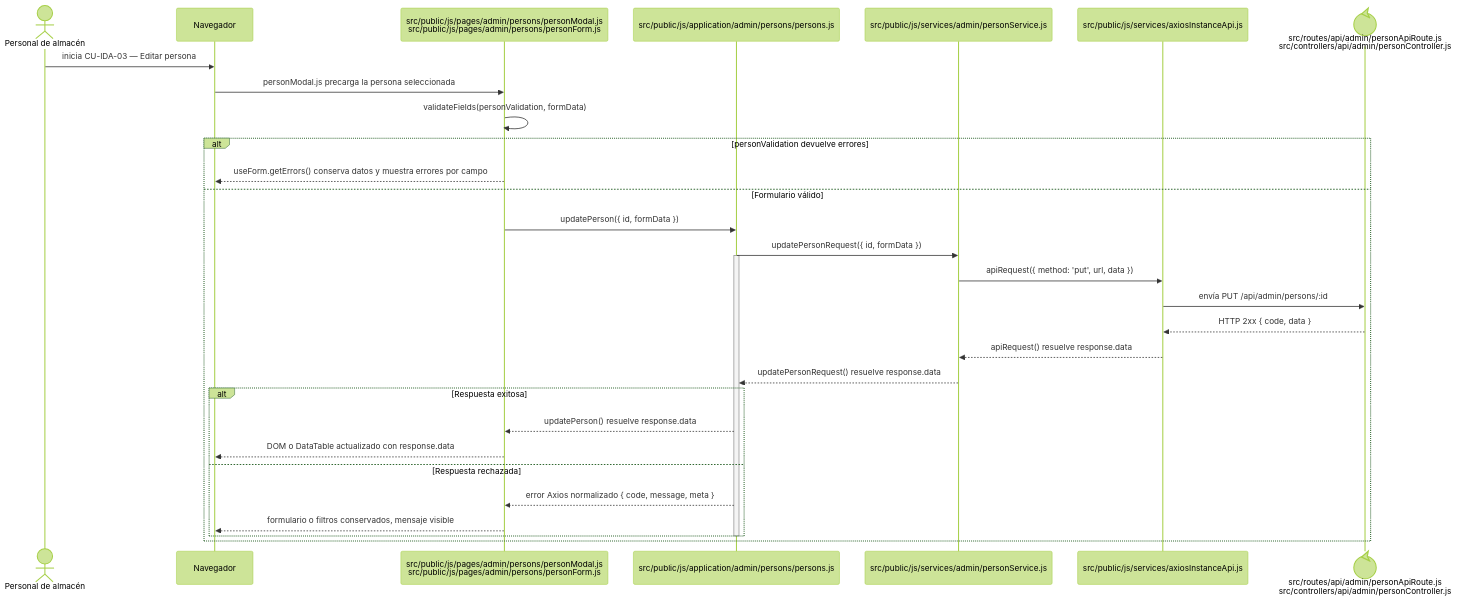
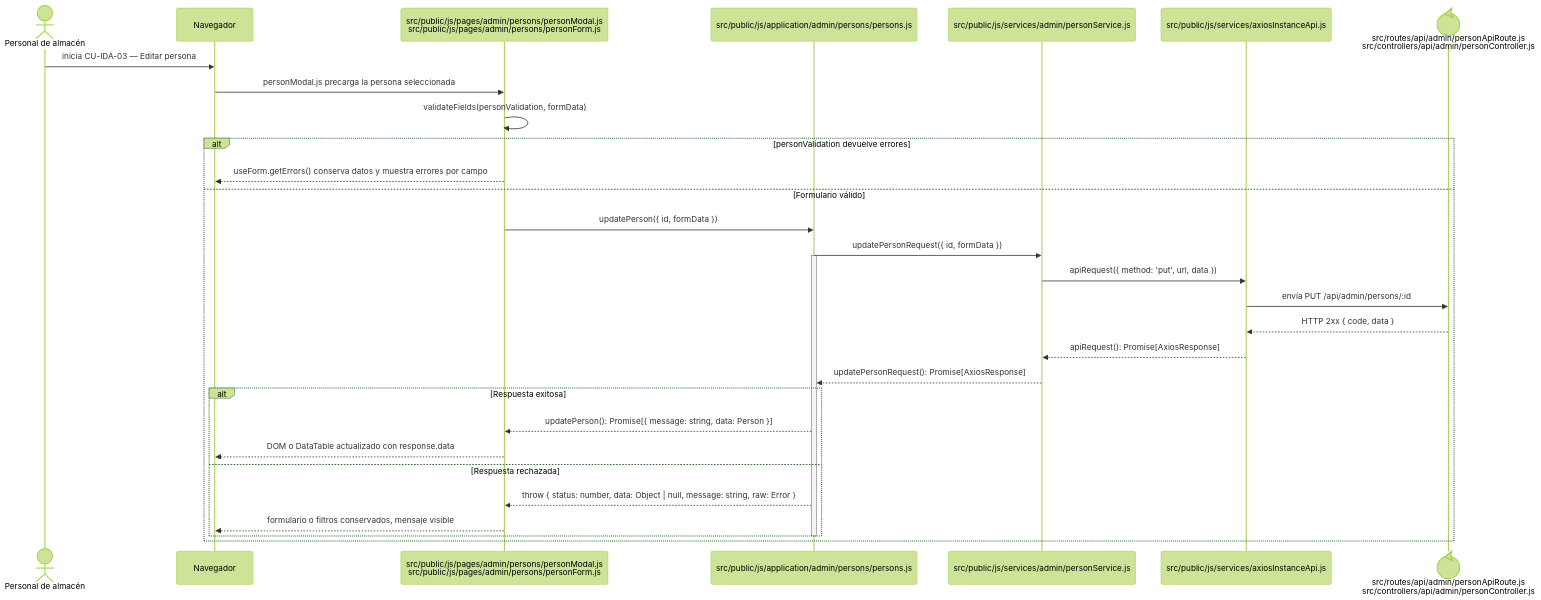
Before and after one commit to gpgsistemas01/nexus: the diagram in docs/architecture/frontend-code-sequences/identity-access/cu-ida-03.md, drawn with Mermaid (forest theme). The commit also changed 146 other files, not shown here.

````diff
--- a/docs/architecture/frontend-code-sequences/identity-access/cu-ida-03.md
+++ b/docs/architecture/frontend-code-sequences/identity-access/cu-ida-03.md
@@ -6,34 +6,34 @@
 ```mermaid
 sequenceDiagram
     actor Initiator as Personal de almacén
     participant Browser as Navegador
     participant View as src/public/js/pages/admin/persons/personModal.js<br/>src/public/js/pages/admin/persons/personForm.js
     participant Application as src/public/js/application/admin/persons/persons.js
     participant Request as src/public/js/services/admin/personService.js
     participant HTTP as src/public/js/services/axiosInstanceApi.js
     participant Transport@{ "type": "control" } as src/routes/api/admin/personApiRoute.js<br/>src/controllers/api/admin/personController.js
 
     Initiator->>Browser: inicia CU-IDA-03 — Editar persona
     Browser->>View: personModal.js precarga la persona seleccionada
     View->>View: validateFields(personValidation, formData)
     alt personValidation devuelve errores
         View-->>Browser: useForm.getErrors() conserva datos y muestra errores por campo
     else Formulario válido
         View->>Application: updatePerson({ id, formData })
         Application->>Request: updatePersonRequest({ id, formData })
         activate Application
         Request->>HTTP: apiRequest({ method: 'put', url, data })
         HTTP->>Transport: envía PUT /api/admin/persons/:id
         Transport-->>HTTP: HTTP 2xx { code, data }
-        HTTP-->>Request: apiRequest() resuelve response.data
-        Request-->>Application: updatePersonRequest() resuelve response.data
+        HTTP-->>Request: apiRequest(): Promise[AxiosResponse]
+        Request-->>Application: updatePersonRequest(): Promise[AxiosResponse]
         alt Respuesta exitosa
-            Application-->>View: updatePerson() resuelve response.data
+            Application-->>View: updatePerson(): Promise[{ message: string, data: Person }]
             View-->>Browser: DOM o DataTable actualizado con response.data
         else Respuesta rechazada
-            Application-->>View: error Axios normalizado { code, message, meta }
+            Application-->>View: throw { status: number, data: Object | null, message: string, raw: Error }
             View-->>Browser: formulario o filtros conservados, mensaje visible
         end
         deactivate Application
     end
 ```
````
